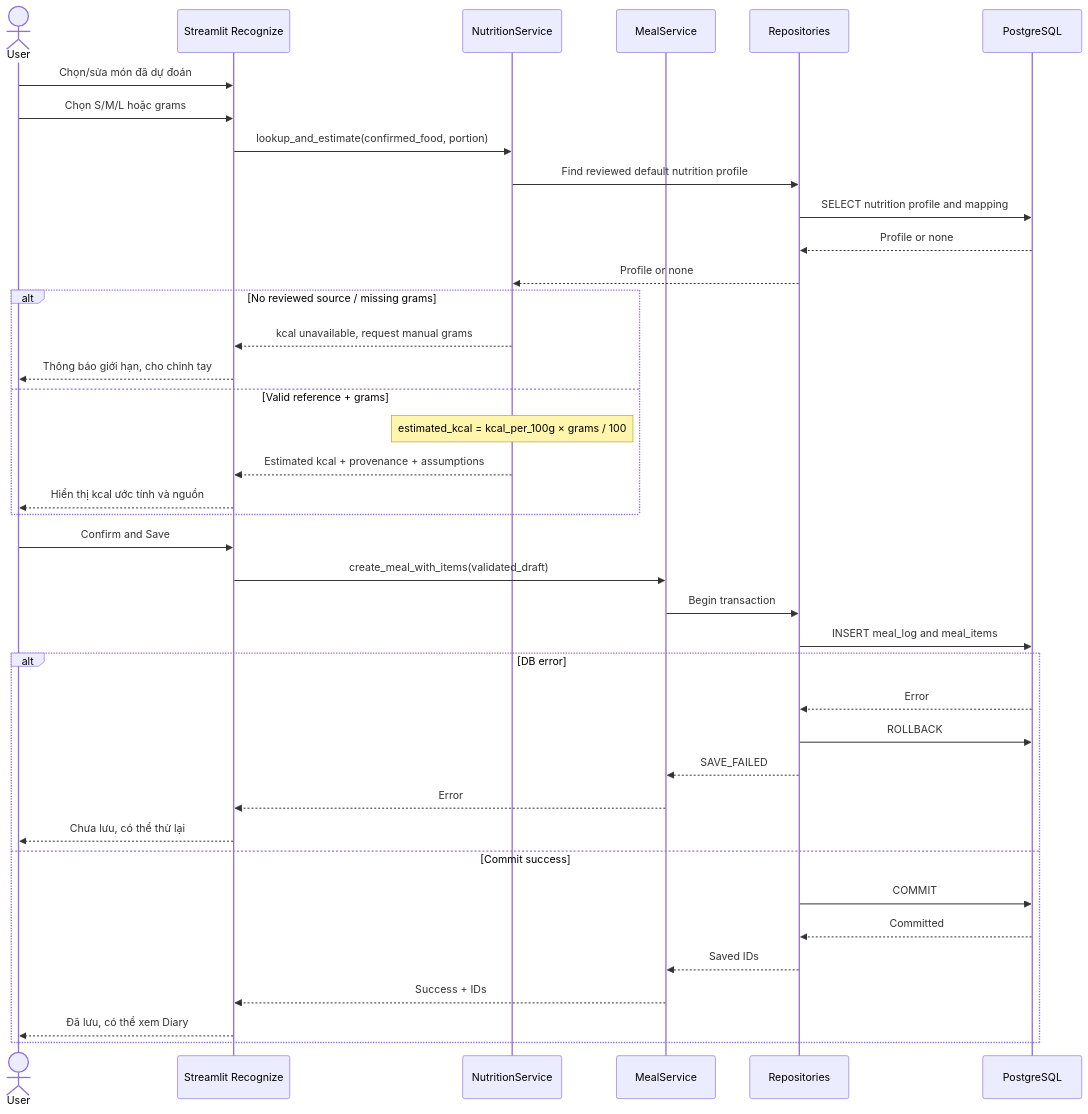
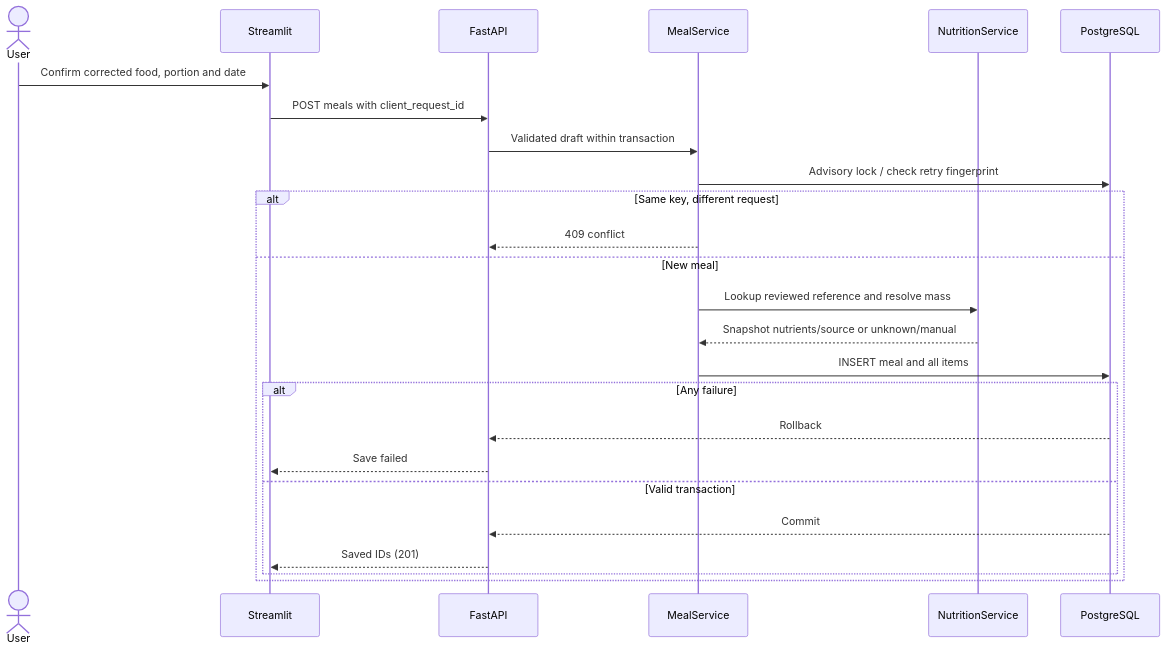
The diagram in diagrams/06-meal-save-sequence.mmd (23001853-wq/food-recognition-dietary-assistant), drawn with Mermaid before and after one commit. The commit also changed 249 other files, not shown here.

```diff
--- a/diagrams/06-meal-save-sequence.mmd
+++ b/diagrams/06-meal-save-sequence.mmd
@@ -1,41 +1,26 @@
-%% Planned design copied from PLAN.md section 23; not implementation evidence.
+%% Architecture v2; see PLAN.md and implementation status.
 sequenceDiagram
     actor U as User
-    participant UI as Streamlit Recognize
+    participant UI as Streamlit
+    participant API as FastAPI
+    participant MS as MealService
     participant NS as NutritionService
-    participant MS as MealService
-    participant RP as Repositories
     participant DB as PostgreSQL
-
-    U->>UI: Chọn/sửa món đã dự đoán
-    U->>UI: Chọn S/M/L hoặc grams
-    UI->>NS: lookup_and_estimate(confirmed_food, portion)
-    NS->>RP: Find reviewed default nutrition profile
-    RP->>DB: SELECT nutrition profile and mapping
-    DB-->>RP: Profile or none
-    RP-->>NS: Profile or none
-    alt No reviewed source / missing grams
-        NS-->>UI: kcal unavailable, request manual grams
-        UI-->>U: Thông báo giới hạn, cho chỉnh tay
-    else Valid reference + grams
-        Note over NS: estimated_kcal = kcal_per_100g × grams / 100
-        NS-->>UI: Estimated kcal + provenance + assumptions
-        UI-->>U: Hiển thị kcal ước tính và nguồn
+    U->>UI: Confirm corrected food, portion and date
+    UI->>API: POST meals with client_request_id
+    API->>MS: Validated draft within transaction
+    MS->>DB: Advisory lock / check retry fingerprint
+    alt Same key, different request
+        MS-->>API: 409 conflict
+    else New meal
+        MS->>NS: Lookup reviewed reference and resolve mass
+        NS-->>MS: Snapshot nutrients/source or unknown/manual
+        MS->>DB: INSERT meal and all items
+        alt Any failure
+            DB-->>API: Rollback
+            API-->>UI: Save failed
+        else Valid transaction
+            DB-->>API: Commit
+            API-->>UI: Saved IDs (201)
+        end
     end
-    U->>UI: Confirm and Save
-    UI->>MS: create_meal_with_items(validated_draft)
-    MS->>RP: Begin transaction
-    RP->>DB: INSERT meal_log and meal_items
-    alt DB error
-        DB-->>RP: Error
-        RP->>DB: ROLLBACK
-        RP-->>MS: SAVE_FAILED
-        MS-->>UI: Error
-        UI-->>U: Chưa lưu, có thể thử lại
-    else Commit success
-        RP->>DB: COMMIT
-        DB-->>RP: Committed
-        RP-->>MS: Saved IDs
-        MS-->>UI: Success + IDs
-        UI-->>U: Đã lưu, có thể xem Diary
-    end
```
